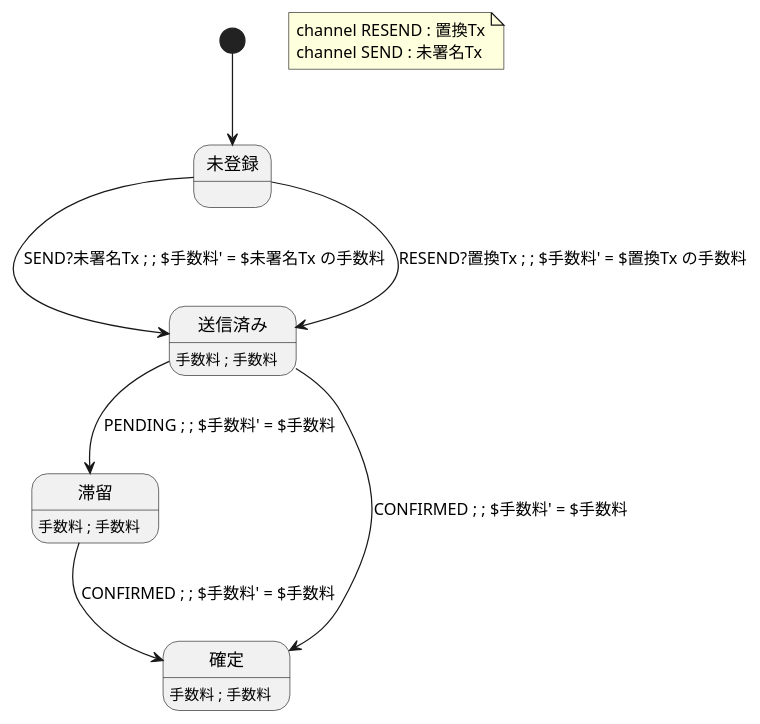
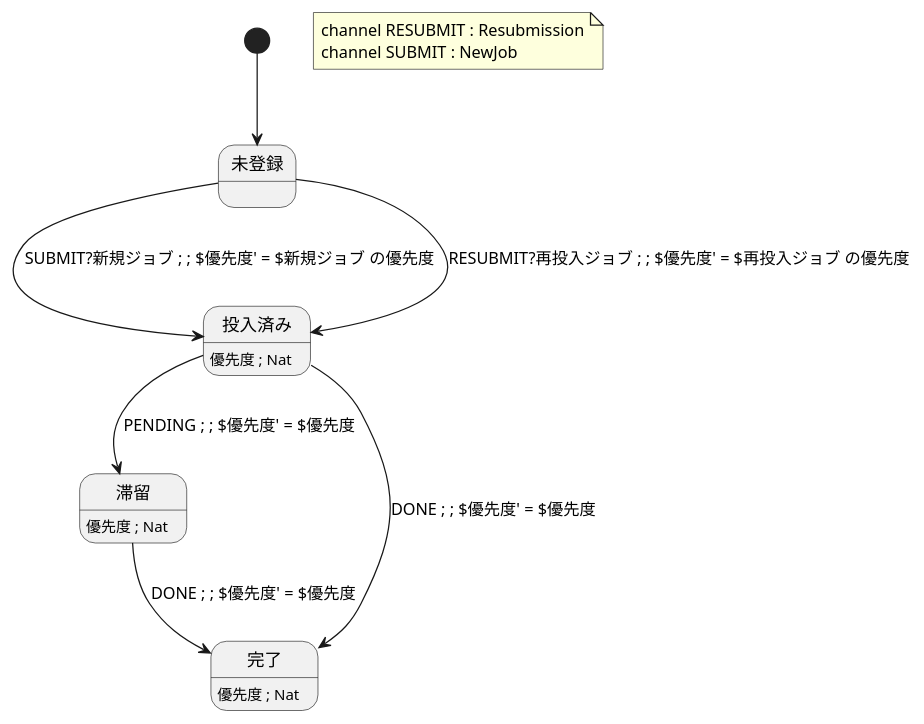
Before and after one commit to Kuniwak/puml-parallel: the diagram in examples/promote/local/ATTEMPT.puml, drawn with PlantUML. The commit also changed 60 other files, not shown here.

```diff
--- a/examples/promote/local/ATTEMPT.puml
+++ b/examples/promote/local/ATTEMPT.puml
@@ -1,24 +1,24 @@
 @startuml ATTEMPT
-' One transaction attempt. A stuck attempt is replaced by a new one that pays a
-' higher fee, so the family can grow without bound; whether it stops is not a
+' One attempt at a job. A stuck attempt is replaced by a new one that asks a
+' higher priority, so the family can grow without bound; whether it stops is not a
 ' property of any one step, which is why the global diagram states it as an
 ' assumption rather than a constrain.
 state "未登録" as attNone
-state "送信済み" as attSent
-attSent : 手数料 ; 手数料
+state "投入済み" as attSent
+attSent : 優先度 ; Nat
 state "滞留" as attStuck
-attStuck : 手数料 ; 手数料
-state "確定" as attConfirmed
-attConfirmed : 手数料 ; 手数料
+attStuck : 優先度 ; Nat
+state "完了" as attDone
+attDone : 優先度 ; Nat
 
 [*] --> attNone
-attNone --> attSent : SEND?未署名Tx ; ; $手数料' = $未署名Tx の手数料
-attNone --> attSent : RESEND?置換Tx ; ; $手数料' = $置換Tx の手数料
-attSent --> attStuck : PENDING ; ; $手数料' = $手数料
-attSent --> attConfirmed : CONFIRMED ; ; $手数料' = $手数料
-attStuck --> attConfirmed : CONFIRMED ; ; $手数料' = $手数料
+attNone --> attSent : SUBMIT?新規ジョブ ; ; $優先度' = $新規ジョブ の優先度
+attNone --> attSent : RESUBMIT?再投入ジョブ ; ; $優先度' = $再投入ジョブ の優先度
+attSent --> attStuck : PENDING ; ; $優先度' = $優先度
+attSent --> attDone : DONE ; ; $優先度' = $優先度
+attStuck --> attDone : DONE ; ; $優先度' = $優先度
 note as attemptChannels
-  channel RESEND : 置換Tx
-  channel SEND : 未署名Tx
+  channel RESUBMIT : Resubmission
+  channel SUBMIT : NewJob
 end note
 @enduml
```
